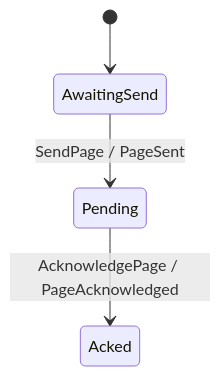
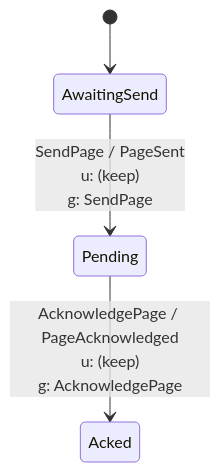
Before and after one commit to shinzui/keiro: the second of 3 diagrams in docs/guides/coordinating-incident-response-with-routers-and-process-managers.md, drawn with Mermaid. The commit also changed other lines of this file and 17 other files, not shown here.

First line of the commit message:
feat(diagrams): adopt readable Keiki 0.8 rendering

````diff
--- a/docs/guides/coordinating-incident-response-with-routers-and-process-managers.md
+++ b/docs/guides/coordinating-incident-response-with-routers-and-process-managers.md
@@ -88,6 +88,6 @@
 ```mermaid
 stateDiagram-v2
     [*] --> AwaitingSend
-    AwaitingSend --> Pending : SendPage / PageSent
-    Pending --> Acked : AcknowledgePage / PageAcknowledged
+    AwaitingSend --> Pending : SendPage / PageSent<br/>u: (keep)<br/>g: SendPage
+    Pending --> Acked : AcknowledgePage / PageAcknowledged<br/>u: (keep)<br/>g: AcknowledgePage
 ```
````
